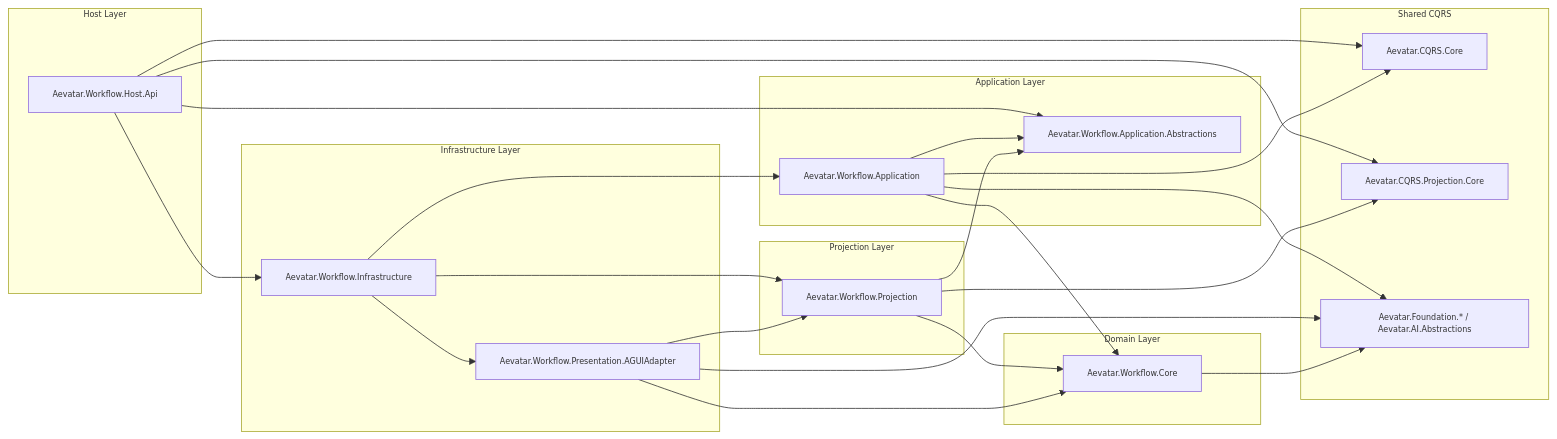
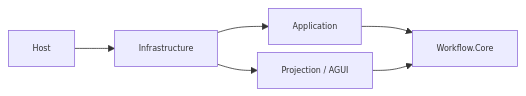
One commit to aevatarAI/aevatar changed the first of 2 diagrams in src/workflow/README.md. Above: the diagram before and after it, drawn with Mermaid. The commit also changed other lines of this file and 92 other files, not shown here.

First line of the commit message:
Refactor workflow architecture to separate definition and run actors

````diff
--- a/src/workflow/README.md
+++ b/src/workflow/README.md
@@ -16,50 +14,9 @@
 ```mermaid
 %%{init: {"maxTextSize": 100000, "flowchart": {"useMaxWidth": false, "nodeSpacing": 10, "rankSpacing": 50}, "themeVariables": {"fontSize": "10px"}}}%%
 flowchart LR
-  subgraph Host["Host Layer"]
-    H["Aevatar.Workflow.Host.Api"]
-  end
-
-  subgraph Infra["Infrastructure Layer"]
-    I["Aevatar.Workflow.Infrastructure"]
-    AGUIA["Aevatar.Workflow.Presentation.AGUIAdapter"]
-  end
-
-  subgraph App["Application Layer"]
-    A["Aevatar.Workflow.Application"]
-    AB["Aevatar.Workflow.Application.Abstractions"]
-  end
-
-  subgraph Projection["Projection Layer"]
-    P["Aevatar.Workflow.Projection"]
-  end
-
-  subgraph Domain["Domain Layer"]
-    C["Aevatar.Workflow.Core"]
-  end
-
-  subgraph Shared["Shared CQRS"]
-    CQRSC["Aevatar.CQRS.Core"]
-    CQRSP["Aevatar.CQRS.Projection.Core"]
-    F["Aevatar.Foundation.* / Aevatar.AI.Abstractions"]
-  end
-
-  H --> CQRSC
-  H --> CQRSP
-  H --> I
-  H --> AB
-  I --> A
-  I --> P
-  I --> AGUIA
-  A --> AB
-  A --> C
-  A --> CQRSC
-  A --> F
-  P --> AB
-  P --> C
-  P --> CQRSP
-  AGUIA --> P
-  AGUIA --> C
-  AGUIA --> F
-  C --> F
+  Host["Host"] --> Infra["Infrastructure"]
+  Infra --> App["Application"]
+  Infra --> Proj["Projection / AGUI"]
+  App --> Core["Workflow.Core"]
+  Proj --> Core
 ```
````
